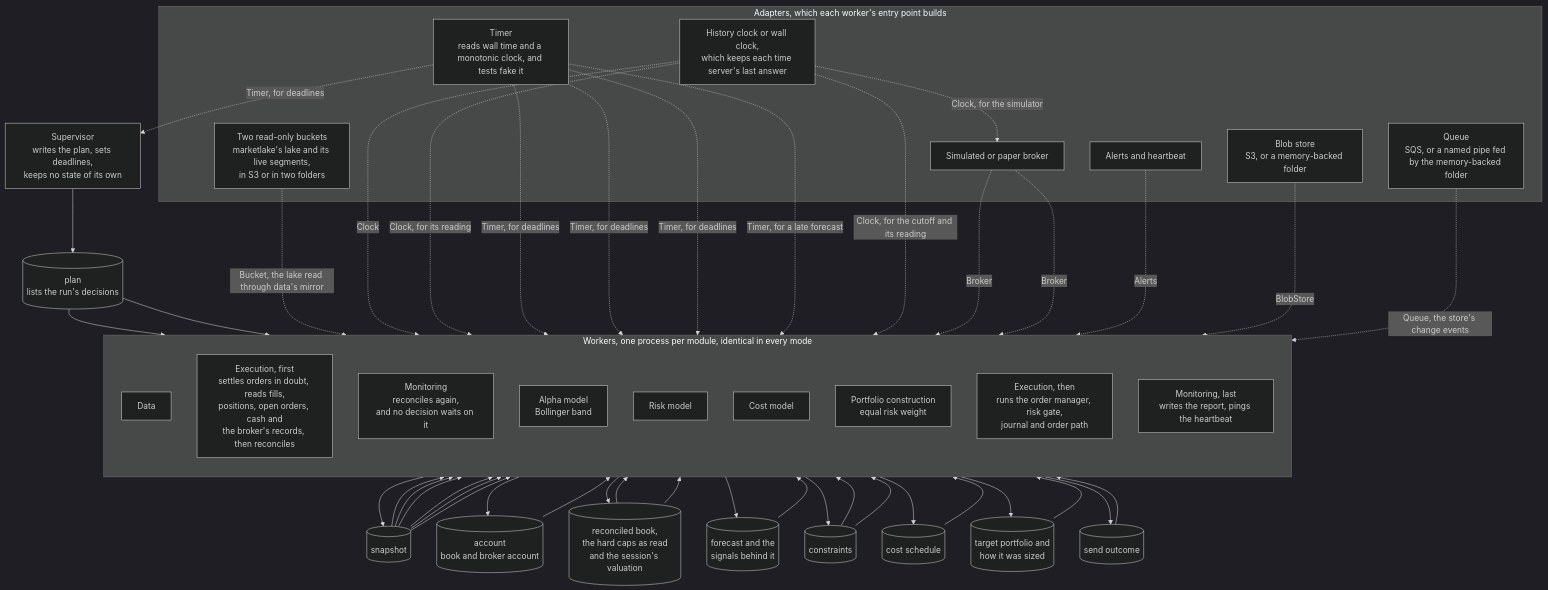
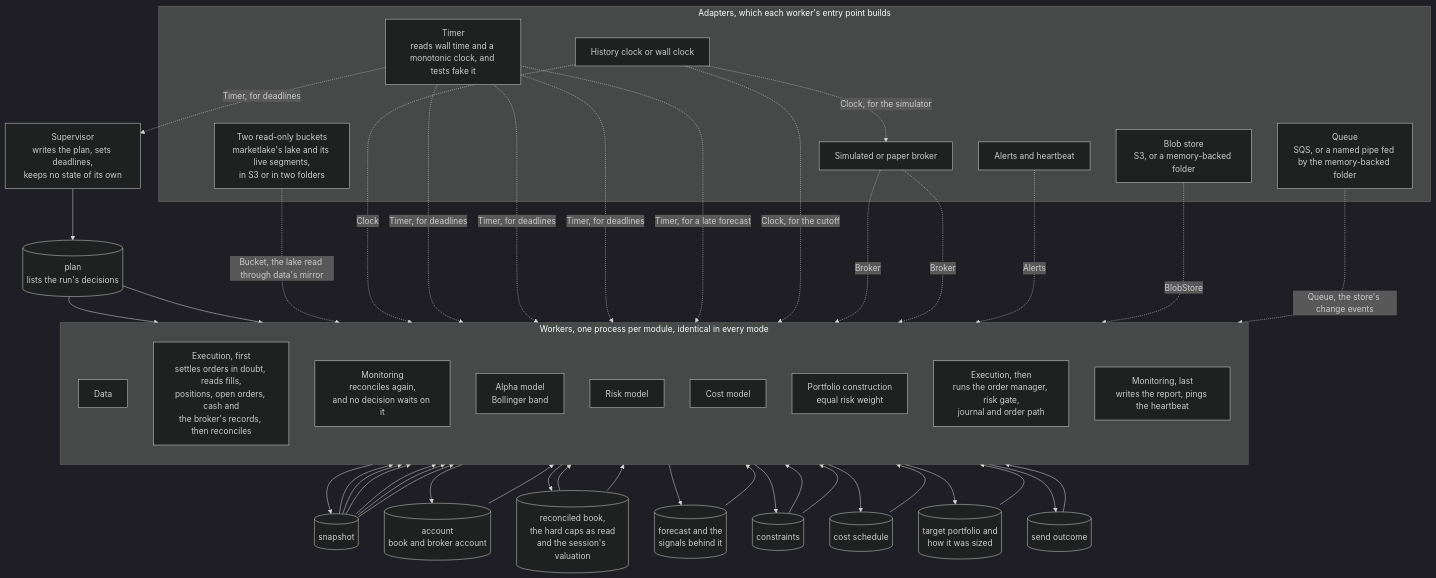
Before and after one commit to l3a0/ithildin-runtime: the first of 11 diagrams in docs/architecture/05-building-blocks.md, drawn with Mermaid (dark theme). The commit also changed other lines of this file and 19 other files, not shown here.

First line of the commit message:
fix(clock): answer round 1 of the review of the time client

````diff
--- a/docs/architecture/05-building-blocks.md
+++ b/docs/architecture/05-building-blocks.md
@@ -57,74 +57,73 @@
 ```mermaid
 flowchart TB
     sup["Supervisor<br/>writes the plan, sets deadlines,<br/>keeps no state of its own"]
     plan[("plan<br/>lists the run's decisions")]
     sup --> plan
 
     subgraph workers["Workers, one process per module, identical in every mode"]
         direction TB
         data["Data"]
         exec_recover["Execution, first<br/>settles orders in doubt, reads fills,<br/>positions, open orders, cash and<br/>the broker's records, then reconciles"]
         mon_recon["Monitoring<br/>reconciles again,<br/>and no decision waits on it"]
         alpha["Alpha model<br/>Bollinger band"]
         risk["Risk model"]
         cost["Cost model"]
         pc["Portfolio construction<br/>equal risk weight"]
         exec_send["Execution, then<br/>runs the order manager, risk gate,<br/>journal and order path"]
         mon_report["Monitoring, last<br/>writes the report, pings the heartbeat"]
     end
 
     snap[("snapshot")]
     acct[("account<br/>book and broker account")]
     book[("reconciled book,<br/>the hard caps as read<br/>and the session's valuation")]
     fc[("forecast and the<br/>signals behind it")]
     cons[("constraints")]
     sched[("cost schedule")]
     target[("target portfolio and<br/>how it was sized")]
     outcome[("send outcome")]
 
     plan --> data
     plan --> exec_recover
     snap --> exec_recover
     data --> snap
     exec_recover --> acct --> mon_recon
     exec_recover --> book
     snap --> alpha --> fc
     snap --> risk
     book --> risk --> cons
     snap --> cost --> sched
     snap --> pc
     fc --> pc
     cons --> pc
     sched --> pc
     book --> pc --> target
     target --> exec_send
     cons --> exec_send
     snap --> exec_send
     exec_send --> outcome --> mon_report
 
     subgraph adapters["Adapters, which each worker's entry point builds"]
         lakesrc["Two read-only buckets<br/>marketlake's lake and its live segments,<br/>in S3 or in two folders"]
-        clock["History clock or wall clock,<br/>which keeps each time server's last answer"]
+        clock["History clock or wall clock"]
         timer["Timer<br/>reads wall time and a monotonic clock, and tests fake it"]
         broker["Simulated or paper broker"]
         store["Blob store<br/>S3, or a memory-backed folder"]
         alertsink["Alerts and heartbeat"]
         queue["Queue<br/>SQS, or a named pipe fed by the memory-backed folder"]
     end
 
     lakesrc -. "Bucket, the lake read through data's mirror" .-> data
     clock -. "Clock" .-> data
-    clock -. "Clock, for its reading" .-> mon_report
     timer -. "Timer, for deadlines" .-> sup
     timer -. "Timer, for deadlines" .-> mon_report
     timer -. "Timer, for deadlines" .-> exec_recover
     timer -. "Timer, for deadlines" .-> exec_send
     timer -. "Timer, for a late forecast" .-> pc
-    clock -. "Clock, for the cutoff and its reading" .-> exec_send
+    clock -. "Clock, for the cutoff" .-> exec_send
     clock -. "Clock, for the simulator" .-> broker
     broker -. "Broker" .-> exec_recover
     broker -. "Broker" .-> exec_send
     store -. "BlobStore" .-> workers
     alertsink -. "Alerts" .-> mon_report
         queue -. "Queue, the store's change events" .-> workers
 ```
````
